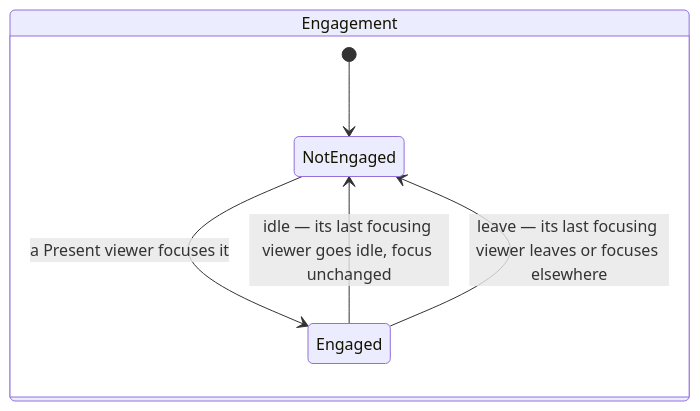
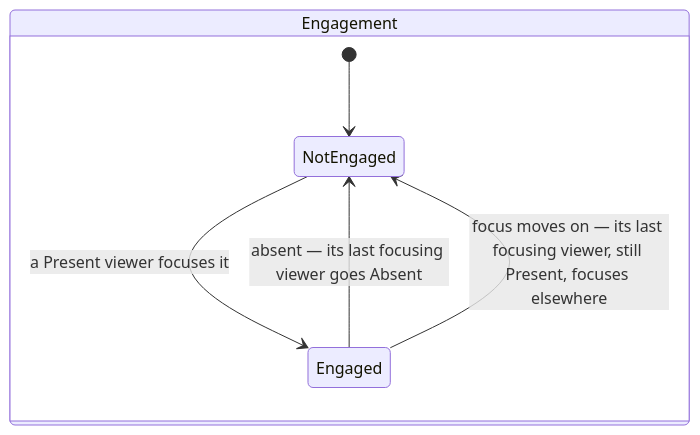
Before and after one commit to diffplug/dormouse: the fourth of 16 diagrams in docs/specs/alert.md, drawn with Mermaid. The commit also changed other lines of this file and 17 other files, not shown here.

First line of the commit message:
Ring a held completion when its viewer goes absent, not only on idle

````diff
--- a/docs/specs/alert.md
+++ b/docs/specs/alert.md
@@ -166,9 +166,9 @@
 ```mermaid
 stateDiagram-v2
   state "Engagement" as Engagement {
     [*] --> NotEngaged
     NotEngaged --> Engaged: a Present viewer focuses it
-    Engaged --> NotEngaged: idle — its last focusing viewer goes idle, focus unchanged
-    Engaged --> NotEngaged: leave — its last focusing viewer leaves or focuses elsewhere
+    Engaged --> NotEngaged: absent — its last focusing viewer goes Absent
+    Engaged --> NotEngaged: focus moves on — its last focusing viewer, still Present, focuses elsewhere
   }
 ```
````
